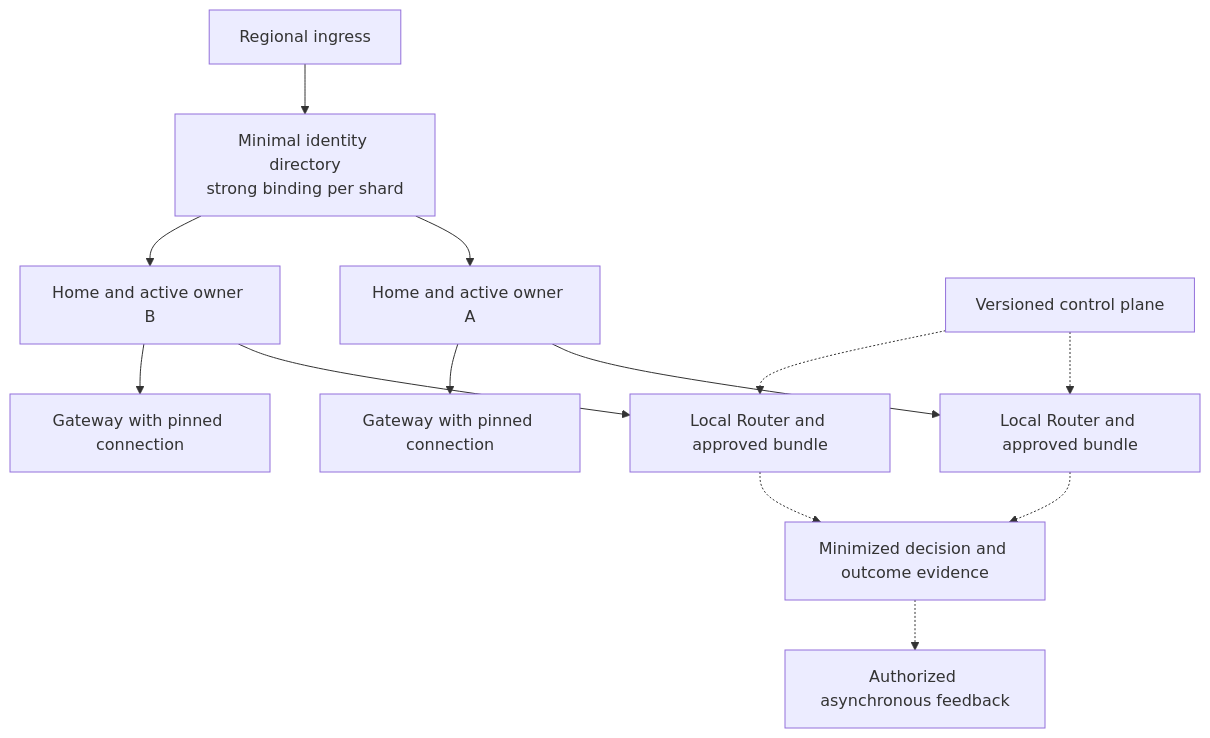
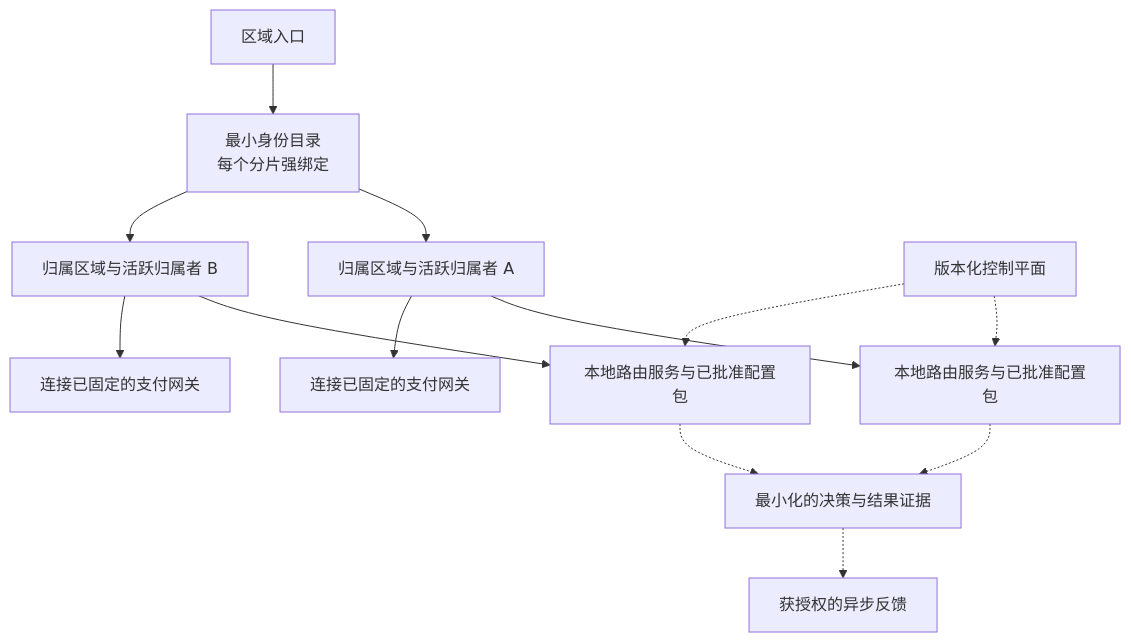
Before and after one commit to YouEclipse/Designing-Modern-Payment-Systems: the fourth of 4 diagrams in part-5-global-routing/multi-region.md, drawn with Mermaid. The commit also changed other lines of this file and 59 other files, not shown here.

````diff
--- a/part-5-global-routing/multi-region.md
+++ b/part-5-global-routing/multi-region.md
@@ -303,15 +309,15 @@
 ```mermaid
 flowchart TB
-    I["Regional ingress"] --> X["Minimal identity directory<br/>strong binding per shard"]
-    X --> A["Home and active owner A"]
-    X --> B["Home and active owner B"]
-    A --> RA["Local Router and approved bundle"]
-    B --> RB["Local Router and approved bundle"]
-    A --> GA["Gateway with pinned connection"]
-    B --> GB["Gateway with pinned connection"]
-    RA -.-> E["Minimized decision and outcome evidence"]
+    I["区域入口"] --> X["最小身份目录<br/>每个分片强绑定"]
+    X --> A["归属区域与活跃归属者 A"]
+    X --> B["归属区域与活跃归属者 B"]
+    A --> RA["本地路由服务与已批准配置包"]
+    B --> RB["本地路由服务与已批准配置包"]
+    A --> GA["连接已固定的支付网关"]
+    B --> GB["连接已固定的支付网关"]
+    RA -.-> E["最小化的决策与结果证据"]
     RB -.-> E
-    E -.-> F["Authorized asynchronous feedback"]
-    C["Versioned control plane"] -.-> RA
+    E -.-> F["获授权的异步反馈"]
+    C["版本化控制平面"] -.-> RA
     C -.-> RB
 ```
````
